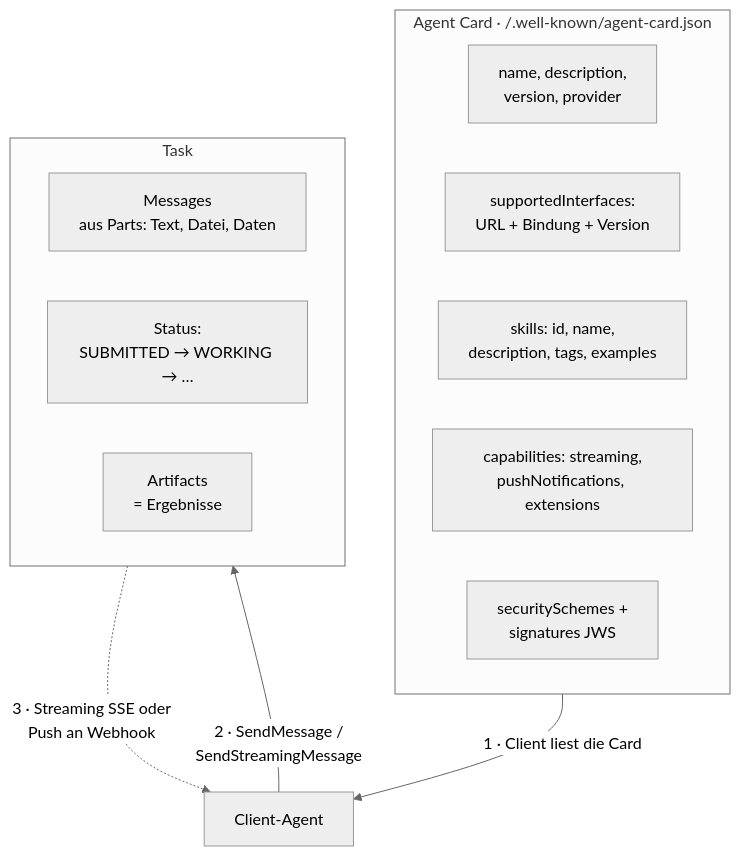
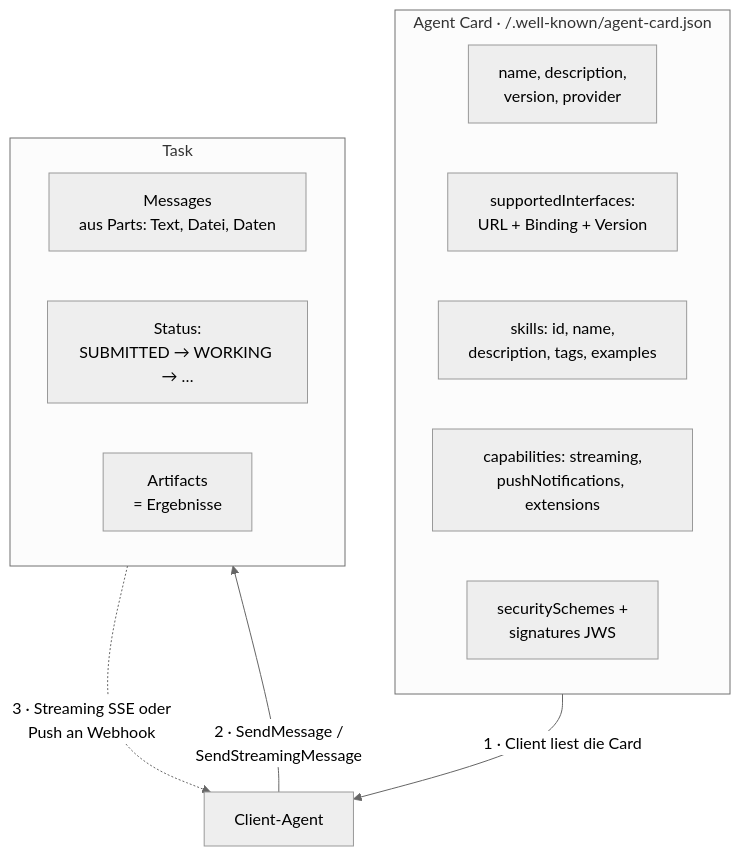
Before and after one commit to org-felix-paul/felix-paul-website: the fifth of 13 diagrams in src/blog/content/posts/agentic-protocols-compared.md, drawn with Mermaid (neutral theme). The commit also changed other lines of this file, not shown here.

````diff
--- a/src/blog/content/posts/agentic-protocols-compared.md
+++ b/src/blog/content/posts/agentic-protocols-compared.md
@@ -427,20 +427,20 @@
 ```mermaid
 flowchart TB
     subgraph CARD["Agent Card · /.well-known/agent-card.json"]
         direction LR
         N[name, description,<br/>version, provider]
-        I[supportedInterfaces:<br/>URL + Bindung + Version]
+        I[supportedInterfaces:<br/>URL + Binding + Version]
         SK[skills: id, name,<br/>description, tags, examples]
         CAP[capabilities: streaming,<br/>pushNotifications, extensions]
         SEC[securitySchemes +<br/>signatures JWS]
     end
     N -->|"1 · Client liest die Card"| CL[Client-Agent]
     CL -->|"2 · SendMessage /<br/>SendStreamingMessage"| M
     subgraph T[Task]
         direction LR
         M[Messages<br/>aus Parts: Text, Datei, Daten]
         ST[Status:<br/>SUBMITTED → WORKING → …]
         AR[Artifacts<br/>= Ergebnisse]
     end
     AR -.->|"3 · Streaming SSE oder<br/>Push an Webhook"| CL
 ```
````
